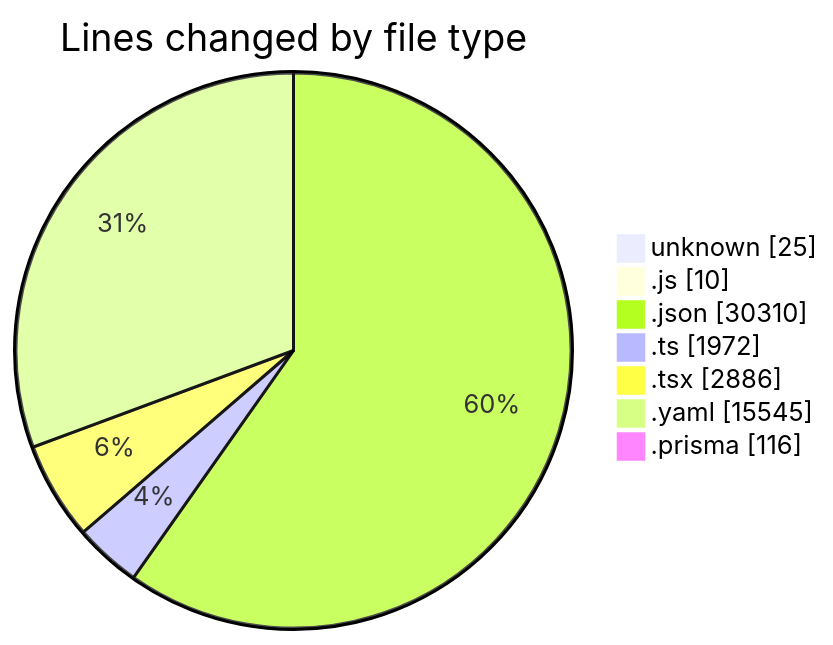
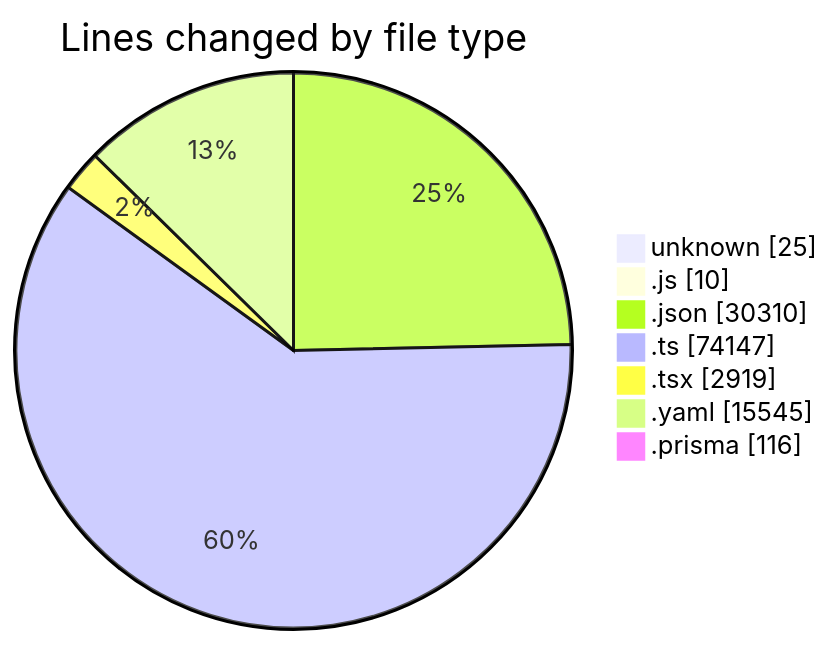
Before and after one commit to CELIANVF/code-tracking: the first of 2 diagrams in 2025-05-02/ecodeli/README.md, drawn with Mermaid. The commit also changed other lines of this file and 1 other file, not shown here.

````diff
--- a/2025-05-02/ecodeli/README.md
+++ b/2025-05-02/ecodeli/README.md
@@ -60,11 +63,11 @@
 ```mermaid
 pie showData
 title Lines changed by file type
 "unknown" : 25
 ".js" : 10
 ".json" : 30310
-".ts" : 1972
-".tsx" : 2886
+".ts" : 74147
+".tsx" : 2919
 ".yaml" : 15545
 ".prisma" : 116
 ```
````
